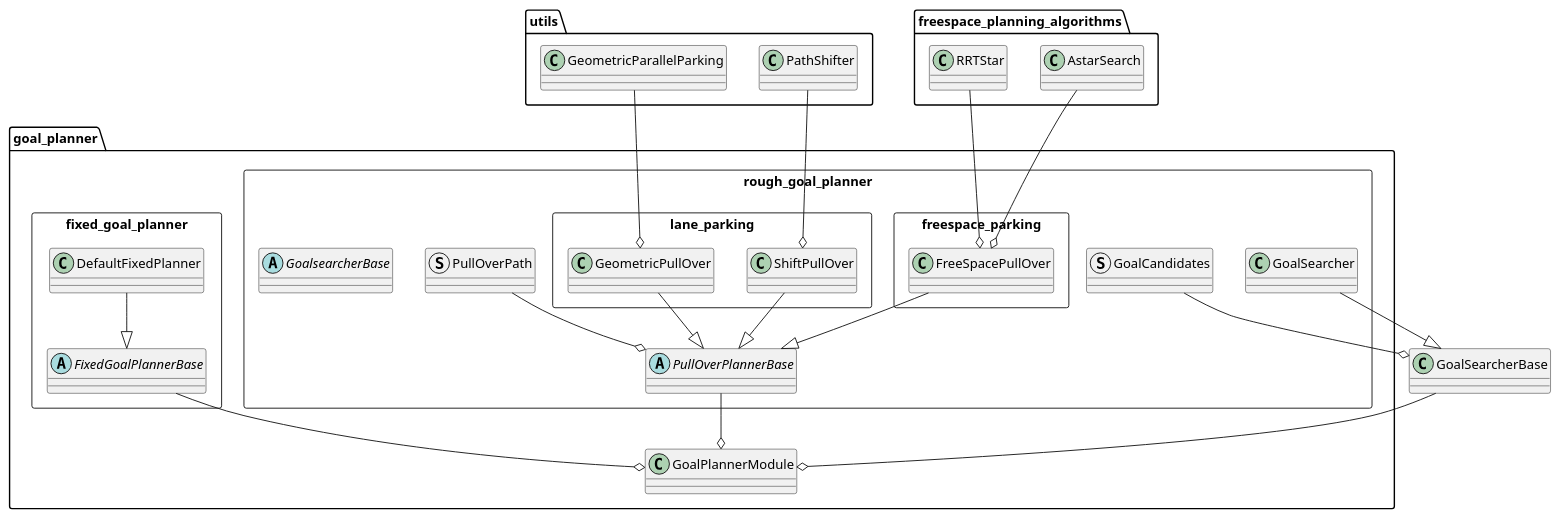
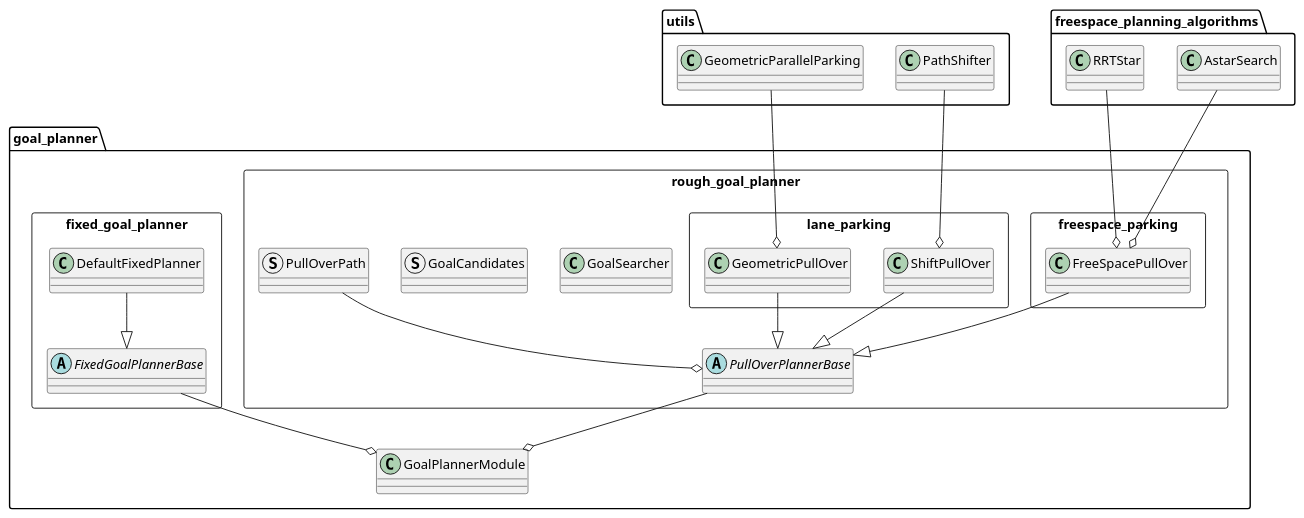
The diagram in planning/behavior_path_planner/autoware_behavior_path_goal_planner_module/README.md (autowarefoundation/autoware.universe), drawn with PlantUML before and after one commit. The commit also changed other lines of this file and 15 other files, not shown here.

````diff
--- a/planning/behavior_path_planner/autoware_behavior_path_goal_planner_module/README.md
+++ b/planning/behavior_path_planner/autoware_behavior_path_goal_planner_module/README.md
@@ -13,67 +13,62 @@
 ```plantuml
 @startuml
 package goal_planner{
 
     class GoalPlannerModule {}
 
     package rough_goal_planner <<Rectangle>>{
 
         package lane_parking <<Rectangle>>{
             class ShiftPullOver {}
             class GeometricPullOver {}
         }
 
         package freespace_parking <<Rectangle>>{
             class FreeSpacePullOver {}
         }
 
         class GoalSearcher {}
 
         struct GoalCandidates {}
         struct PullOverPath{}
 
         abstract class PullOverPlannerBase {}
-        abstract class GoalsearcherBase {}
-
     }
 
     package fixed_goal_planner <<Rectangle>>{
         abstract class FixedGoalPlannerBase {}
         class DefaultFixedPlanner{}
     }
 }
 
 
 package utils{
     class PathShifter {}
 
     class GeometricParallelParking {}
 }
 
 package freespace_planning_algorithms
  {
     class AstarSearch{}
     class RRTStar{}
 }
 
 ' goal planner
 ShiftPullOver --|> PullOverPlannerBase
 GeometricPullOver --|> PullOverPlannerBase
 FreeSpacePullOver --|> PullOverPlannerBase
-GoalSearcher --|> GoalSearcherBase
 DefaultFixedPlanner --|> FixedGoalPlannerBase
 
 PathShifter --o ShiftPullOver
 GeometricParallelParking --o GeometricPullOver
 AstarSearch --o FreeSpacePullOver
 RRTStar --o FreeSpacePullOver
 
 PullOverPlannerBase --o GoalPlannerModule
-GoalSearcherBase --o GoalPlannerModule
 FixedGoalPlannerBase --o GoalPlannerModule
 
 PullOverPath --o PullOverPlannerBase
-GoalCandidates --o GoalSearcherBase
 
 @enduml
 ```
````
